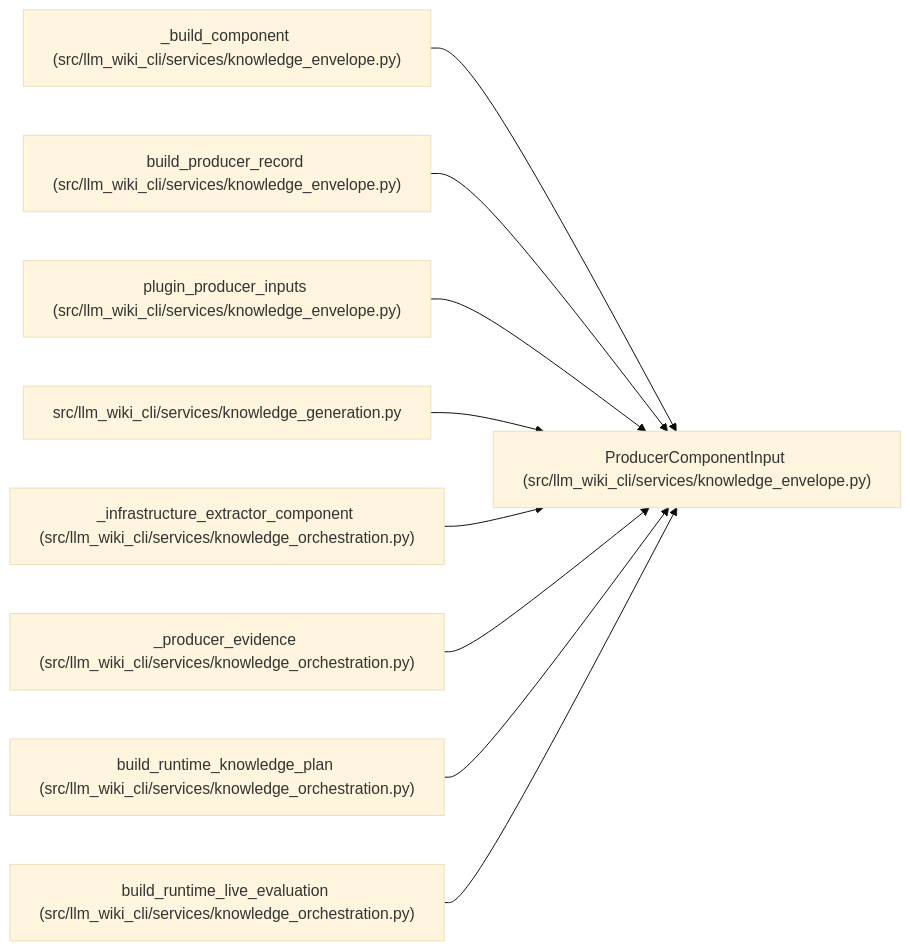
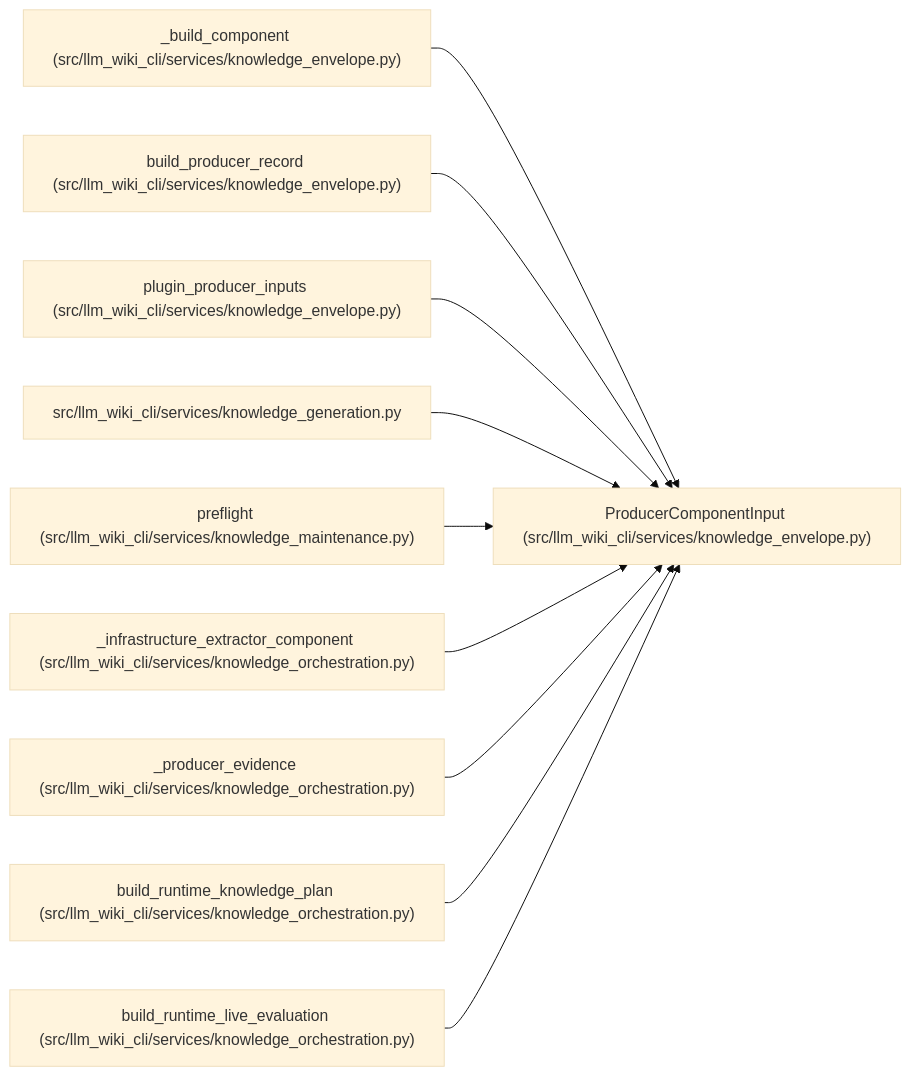
One commit to Denissvgn/python-wiki-llm changed the diagram in docs/llm_wiki/entities/ProducerComponentInput.md. Above: the diagram before and after it, drawn with Mermaid (base theme). The commit also changed other lines of this file and 387 other files, not shown here.

Commit message:
docs(wiki): refresh repository maintenance knowledge

````diff
--- a/docs/llm_wiki/entities/ProducerComponentInput.md
+++ b/docs/llm_wiki/entities/ProducerComponentInput.md
@@ -35,29 +35,32 @@
 ```mermaid
 flowchart LR
     n0["ProducerComponentInput (src/llm_wiki_cli/services/knowledge_envelope.py)"]
     n1["_build_component (src/llm_wiki_cli/services/knowledge_envelope.py)"]
     n2["build_producer_record (src/llm_wiki_cli/services/knowledge_envelope.py)"]
     n3["plugin_producer_inputs (src/llm_wiki_cli/services/knowledge_envelope.py)"]
     n4["src/llm_wiki_cli/services/knowledge_generation.py"]
-    n5["_infrastructure_extractor_component (src/llm_wiki_cli/services/knowledge_orchestration.py)"]
-    n6["_producer_evidence (src/llm_wiki_cli/services/knowledge_orchestration.py)"]
-    n7["build_runtime_knowledge_plan (src/llm_wiki_cli/services/knowledge_orchestration.py)"]
-    n8["build_runtime_live_evaluation (src/llm_wiki_cli/services/knowledge_orchestration.py)"]
+    n5["preflight (src/llm_wiki_cli/services/knowledge_maintenance.py)"]
+    n6["_infrastructure_extractor_component (src/llm_wiki_cli/services/knowledge_orchestration.py)"]
+    n7["_producer_evidence (src/llm_wiki_cli/services/knowledge_orchestration.py)"]
+    n8["build_runtime_knowledge_plan (src/llm_wiki_cli/services/knowledge_orchestration.py)"]
+    n9["build_runtime_live_evaluation (src/llm_wiki_cli/services/knowledge_orchestration.py)"]
     n1 --> n0
     n2 --> n0
     n3 --> n0
     n4 --> n0
     n5 --> n0
     n6 --> n0
     n7 --> n0
     n8 --> n0
+    n9 --> n0
     click n0 "../modules/knowledge_envelope.md"
     click n1 "../modules/knowledge_envelope.md"
     click n2 "../modules/knowledge_envelope.md"
     click n3 "../modules/knowledge_envelope.md"
     click n4 "../modules/knowledge_generation.md"
-    click n5 "../modules/knowledge_orchestration.md"
+    click n5 "../modules/knowledge_maintenance.md"
     click n6 "../modules/knowledge_orchestration.md"
     click n7 "../modules/knowledge_orchestration.md"
     click n8 "../modules/knowledge_orchestration.md"
+    click n9 "../modules/knowledge_orchestration.md"
 ```
````
